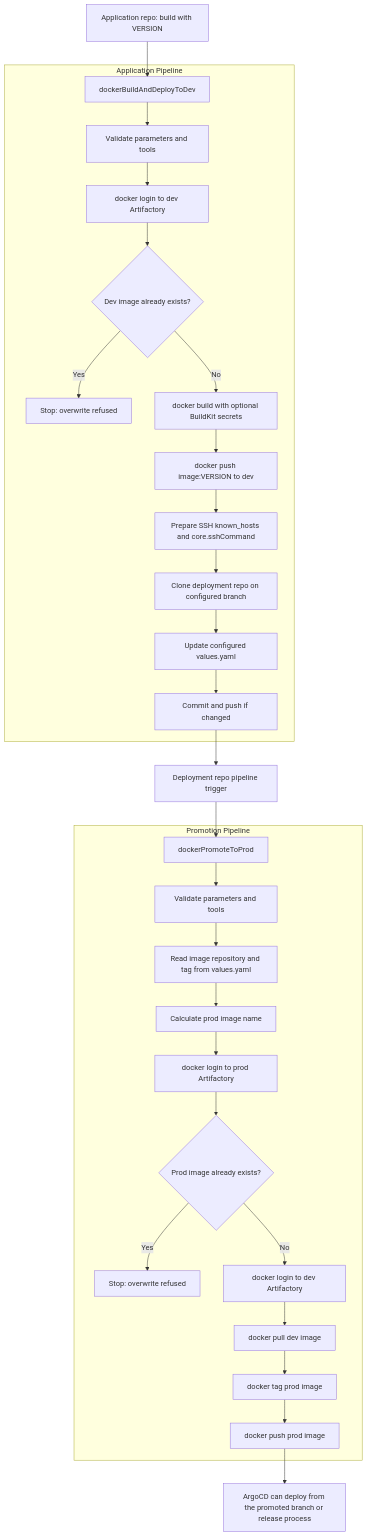
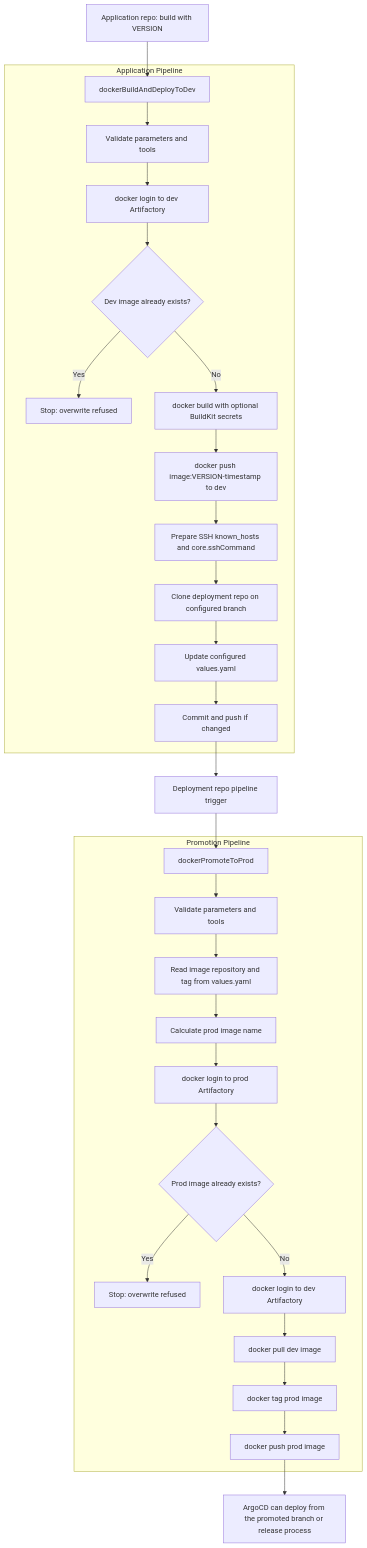
One commit to thomas-illiet/jenkins-argocd changed the diagram in README.md. Above: the diagram before and after it, drawn with Mermaid. The commit also changed other lines of this file and 4 other files, not shown here.

Commit message:
feat: timestamp docker image tags

````diff
--- a/README.md
+++ b/README.md
@@ -102,35 +102,35 @@
 ```mermaid
 flowchart TD
     A["Application repo: build with VERSION"] --> B["dockerBuildAndDeployToDev"]
 
     subgraph APP["Application Pipeline"]
         B --> C["Validate parameters and tools"]
         C --> D["docker login to dev Artifactory"]
         D --> E{"Dev image already exists?"}
         E -->|Yes| F["Stop: overwrite refused"]
         E -->|No| G["docker build with optional BuildKit secrets"]
-        G --> H["docker push image:VERSION to dev"]
+        G --> H["docker push image:VERSION-timestamp to dev"]
         H --> I["Prepare SSH known_hosts and core.sshCommand"]
         I --> J["Clone deployment repo on configured branch"]
         J --> K["Update configured values.yaml"]
         K --> L["Commit and push if changed"]
     end
 
     L --> M["Deployment repo pipeline trigger"]
     M --> N["dockerPromoteToProd"]
 
     subgraph PROMOTE["Promotion Pipeline"]
         N --> O["Validate parameters and tools"]
         O --> P["Read image repository and tag from values.yaml"]
         P --> Q["Calculate prod image name"]
         Q --> R["docker login to prod Artifactory"]
         R --> S{"Prod image already exists?"}
         S -->|Yes| T["Stop: overwrite refused"]
         S -->|No| U["docker login to dev Artifactory"]
         U --> V["docker pull dev image"]
         V --> W["docker tag prod image"]
         W --> X["docker push prod image"]
     end
 
     X --> Y["ArgoCD can deploy from the promoted branch or release process"]
 ```
````
